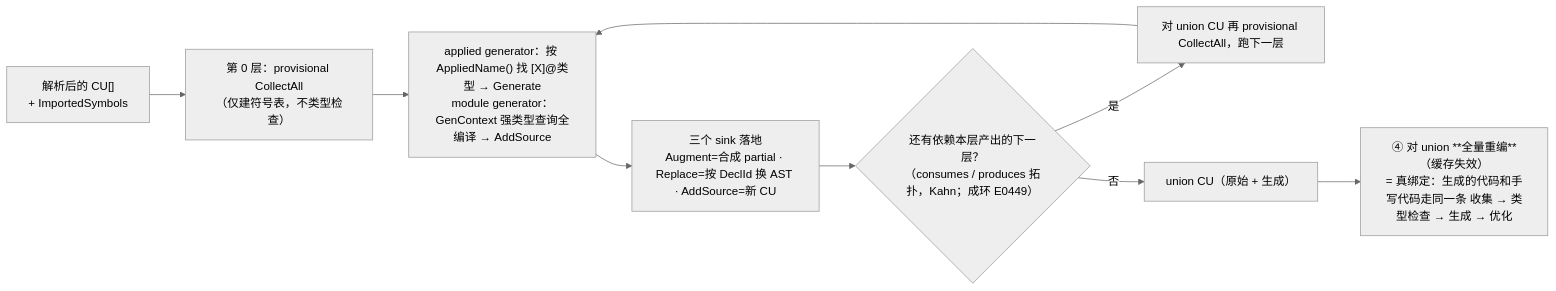
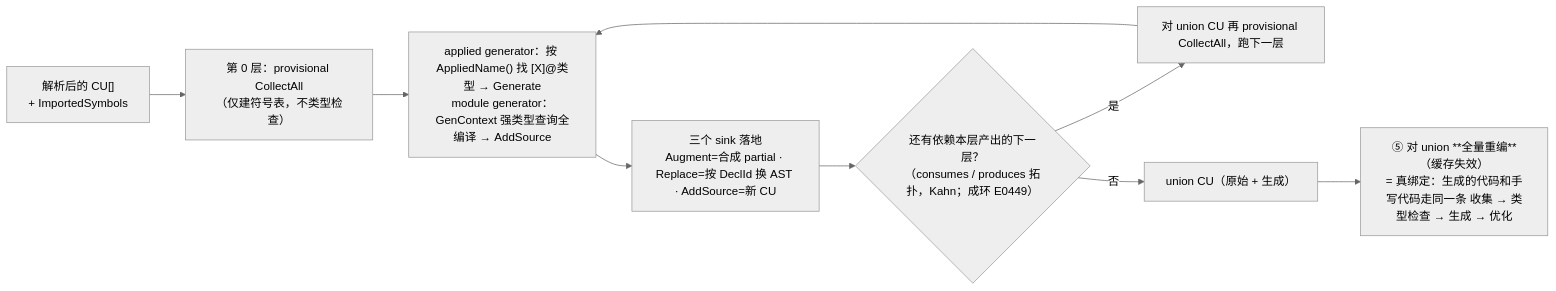
One commit to z42-lang/z42 changed the fourth of 4 diagrams in docs/internals/src/compiler/source-compile.md. Above: the diagram before and after it, drawn with Mermaid (neutral theme). The commit also changed other lines of this file and 2 other files, not shown here.

````diff
--- a/docs/internals/src/compiler/source-compile.md
+++ b/docs/internals/src/compiler/source-compile.md
@@ -84,10 +89,10 @@
 ```mermaid
 flowchart LR
   I["解析后的 CU[]<br/>+ ImportedSymbols"] --> L0["第 0 层：provisional CollectAll<br/>（仅建符号表，不类型检查）"]
   L0 --> R["applied generator：按 AppliedName() 找 [X]@类型 → Generate<br/>module generator：GenContext 强类型查询全编译 → AddSource"]
   R --> S["三个 sink 落地<br/>Augment=合成 partial · Replace=按 DeclId 换 AST · AddSource=新 CU"]
   S --> N{"还有依赖本层产出的下一层？<br/>（consumes / produces 拓扑，Kahn；成环 E0449）"}
   N -->|是| L1["对 union CU 再 provisional CollectAll，跑下一层"] --> R
   N -->|否| U["union CU（原始 + 生成）"]
-  U --> RB["④ 对 union **全量重编**（缓存失效）<br/>= 真绑定：生成的代码和手写代码走同一条 收集 → 类型检查 → 生成 → 优化"]
+  U --> RB["⑤ 对 union **全量重编**（缓存失效）<br/>= 真绑定：生成的代码和手写代码走同一条 收集 → 类型检查 → 生成 → 优化"]
 ```
````
